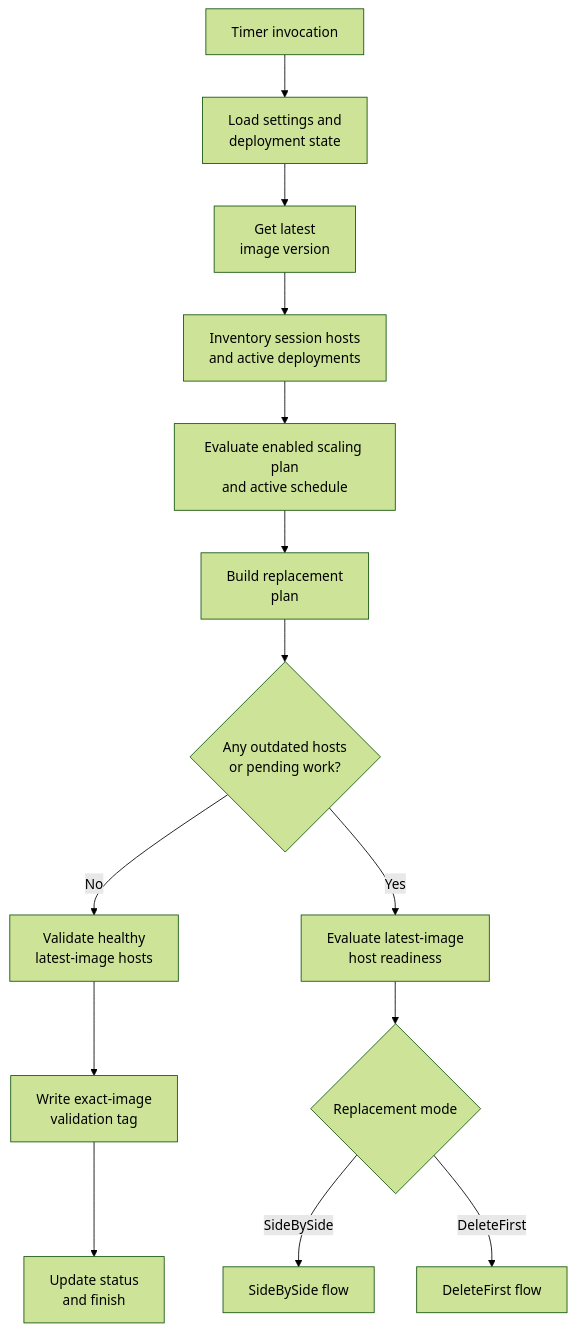
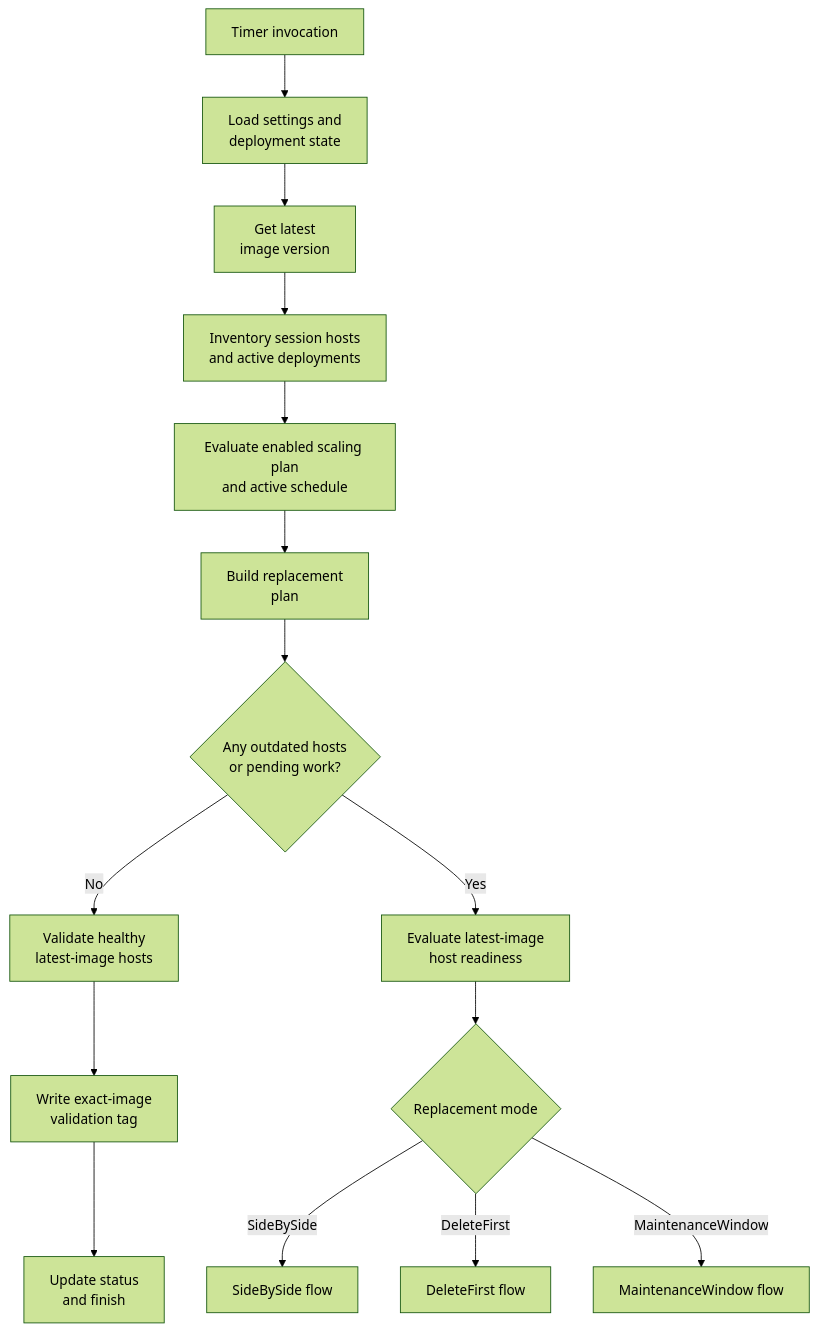
The first of 4 diagrams in deployments/add-ons/sessionHostReplacer/replacement-flow.md (Azure/FederalAVD), drawn with Mermaid (forest theme) before and after one commit. The commit also changed other lines of this file and 19 other files, not shown here.

````diff
--- a/deployments/add-ons/sessionHostReplacer/replacement-flow.md
+++ b/deployments/add-ons/sessionHostReplacer/replacement-flow.md
@@ -15,16 +15,17 @@
 ```mermaid
 flowchart TD
     A[Timer invocation] --> B["Load settings and<br/>deployment state"]
     B --> C["Get latest<br/>image version"]
     C --> D["Inventory session hosts<br/>and active deployments"]
     D --> E["Evaluate enabled scaling plan<br/>and active schedule"]
     E --> F["Build replacement<br/>plan"]
     F --> G{"Any outdated hosts<br/>or pending work?"}
     G -- No --> H["Validate healthy<br/>latest-image hosts"]
     H --> I["Write exact-image<br/>validation tag"]
     I --> J["Update status<br/>and finish"]
     G -- Yes --> K["Evaluate latest-image<br/>host readiness"]
     K --> L{Replacement mode}
     L -- SideBySide --> SBS[SideBySide flow]
     L -- DeleteFirst --> DF[DeleteFirst flow]
+    L -- MaintenanceWindow --> MW[MaintenanceWindow flow]
 ```
````
